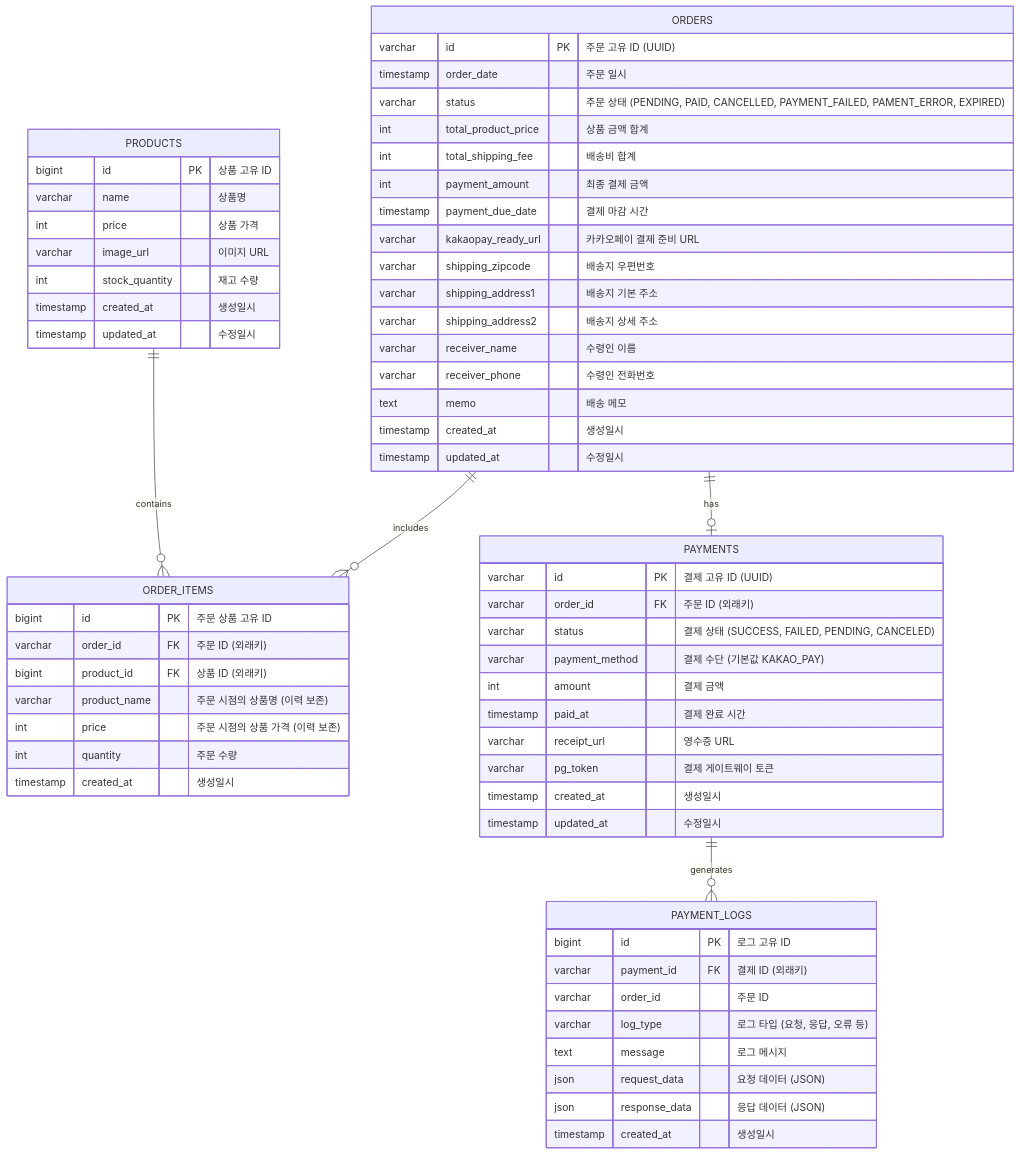
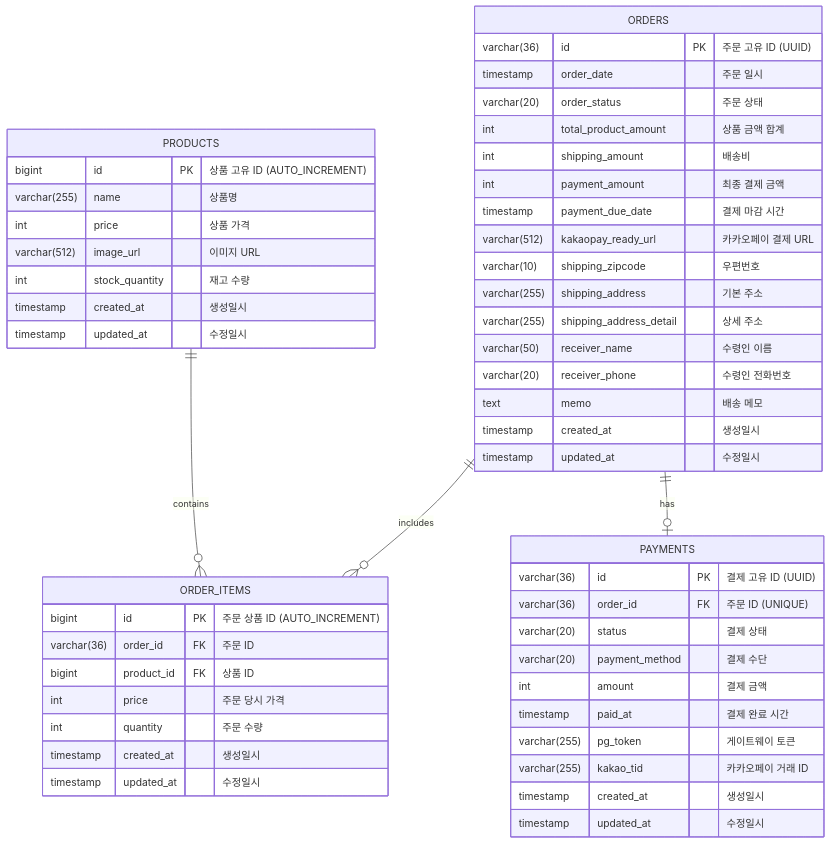
The diagram in docs/commerce-ERD.md (HoBaeBang/commerce), drawn with Mermaid before and after one commit. The commit also changed other lines of this file and 87 other files, not shown here.

````diff
--- a/docs/commerce-ERD.md
+++ b/docs/commerce-ERD.md
@@ -3,72 +5,58 @@
 ```mermaid
 erDiagram
     PRODUCTS ||--o{ ORDER_ITEMS : "contains"
     ORDERS ||--o{ ORDER_ITEMS : "includes"
     ORDERS ||--o| PAYMENTS : "has"
-    PAYMENTS ||--o{ PAYMENT_LOGS : "generates"
 
     PRODUCTS {
-        bigint id PK "상품 고유 ID"
-        varchar name "상품명"
+        bigint id PK "상품 고유 ID (AUTO_INCREMENT)"
+        varchar(255) name "상품명"
         int price "상품 가격"
-        varchar image_url "이미지 URL"
+        varchar(512) image_url "이미지 URL"
         int stock_quantity "재고 수량"
         timestamp created_at "생성일시"
         timestamp updated_at "수정일시"
     }
 
     ORDERS {
-        varchar id PK "주문 고유 ID (UUID)"
+        varchar(36) id PK "주문 고유 ID (UUID)"
         timestamp order_date "주문 일시"
-        varchar status "주문 상태 (PENDING, PAID, CANCELLED, PAYMENT_FAILED, PAMENT_ERROR, EXPIRED)"
-        int total_product_price "상품 금액 합계"
-        int total_shipping_fee "배송비 합계"
+        varchar(20) order_status "주문 상태"
+        int total_product_amount "상품 금액 합계"
+        int shipping_amount "배송비"
         int payment_amount "최종 결제 금액"
         timestamp payment_due_date "결제 마감 시간"
-        varchar kakaopay_ready_url "카카오페이 결제 준비 URL"
-        varchar shipping_zipcode "배송지 우편번호"
-        varchar shipping_address1 "배송지 기본 주소"
-        varchar shipping_address2 "배송지 상세 주소"
-        varchar receiver_name "수령인 이름"
-        varchar receiver_phone "수령인 전화번호"
+        varchar(512) kakaopay_ready_url "카카오페이 결제 URL"
+        varchar(10) shipping_zipcode "우편번호"
+        varchar(255) shipping_address "기본 주소"
+        varchar(255) shipping_address_detail "상세 주소"
+        varchar(50) receiver_name "수령인 이름"
+        varchar(20) receiver_phone "수령인 전화번호"
         text memo "배송 메모"
         timestamp created_at "생성일시"
         timestamp updated_at "수정일시"
     }
 
     ORDER_ITEMS {
-        bigint id PK "주문 상품 고유 ID"
-        varchar order_id FK "주문 ID (외래키)"
-        bigint product_id FK "상품 ID (외래키)"
-        varchar product_name "주문 시점의 상품명 (이력 보존)"
-        int price "주문 시점의 상품 가격 (이력 보존)"
+        bigint id PK "주문 상품 ID (AUTO_INCREMENT)"
+        varchar(36) order_id FK "주문 ID"
+        bigint product_id FK "상품 ID"
+        int price "주문 당시 가격"
         int quantity "주문 수량"
-        timestamp created_at "생성일시"
-    }
-
-    PAYMENTS {
-        varchar id PK "결제 고유 ID (UUID)"
-        varchar order_id FK "주문 ID (외래키)"
-        varchar status "결제 상태 (SUCCESS, FAILED, PENDING, CANCELED)"
-        varchar payment_method "결제 수단 (기본값 KAKAO_PAY)"
-        int amount "결제 금액"
-        timestamp paid_at "결제 완료 시간"
-        varchar receipt_url "영수증 URL"
-        varchar pg_token "결제 게이트웨이 토큰"
         timestamp created_at "생성일시"
         timestamp updated_at "수정일시"
     }
 
-    PAYMENT_LOGS {
-        bigint id PK "로그 고유 ID"
-        varchar payment_id FK "결제 ID (외래키)"
-        varchar order_id "주문 ID"
-        varchar log_type "로그 타입 (요청, 응답, 오류 등)"
-        text message "로그 메시지"
-        json request_data "요청 데이터 (JSON)"
-        json response_data "응답 데이터 (JSON)"
+    PAYMENTS {
+        varchar(36) id PK "결제 고유 ID (UUID)"
+        varchar(36) order_id FK "주문 ID (UNIQUE)"
+        varchar(20) status "결제 상태"
+        varchar(20) payment_method "결제 수단"
+        int amount "결제 금액"
+        timestamp paid_at "결제 완료 시간"
+        varchar(255) pg_token "게이트웨이 토큰"
+        varchar(255) kakao_tid "카카오페이 거래 ID"
         timestamp created_at "생성일시"
+        timestamp updated_at "수정일시"
     }
-
-
 ```
````
